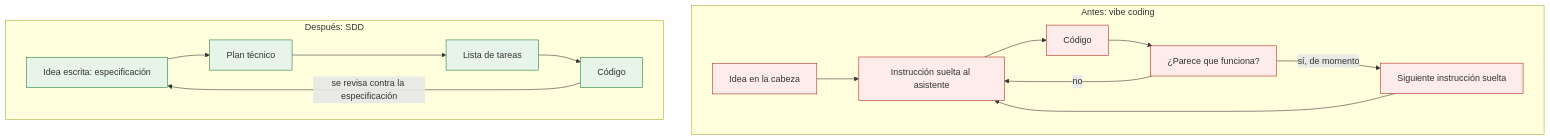
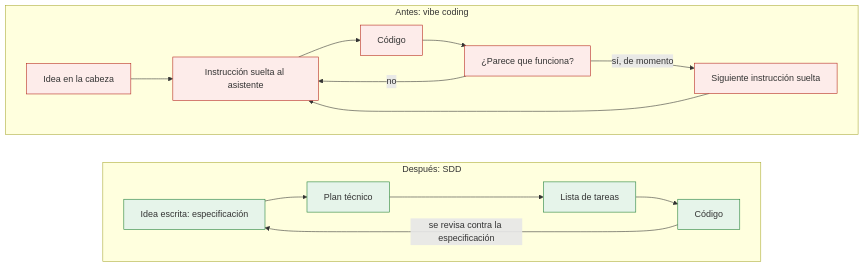
Before and after one commit to antroc/charla-sdd: the diagram in docs/02-que-es-sdd.md, drawn with Mermaid. The commit also changed other lines of this file, not shown here.

````diff
--- a/docs/02-que-es-sdd.md
+++ b/docs/02-que-es-sdd.md
@@ -66,21 +71,24 @@
 ```mermaid
 flowchart TD
   subgraph antes ["Antes: vibe coding"]
+    direction LR
     A1["Idea en la cabeza"] --> A2["Instrucción suelta al asistente"]
     A2 --> A3["Código"]
     A3 --> A4["¿Parece que funciona?"]
     A4 -->|"no"| A2
     A4 -->|"sí, de momento"| A5["Siguiente instrucción suelta"]
     A5 --> A2
   end
   subgraph despues ["Después: SDD"]
+    direction LR
     B1["Idea escrita: especificación"] --> B2["Plan técnico"]
     B2 --> B3["Lista de tareas"]
     B3 --> B4["Código"]
     B4 -->|"se revisa contra la especificación"| B1
   end
+  antes ~~~ despues
   classDef vibe fill:#FDECEA,stroke:#B42318;
   classDef sdd fill:#E6F4EA,stroke:#1E7E34;
   class A1,A2,A3,A4,A5 vibe;
   class B1,B2,B3,B4 sdd;
 ```
````
